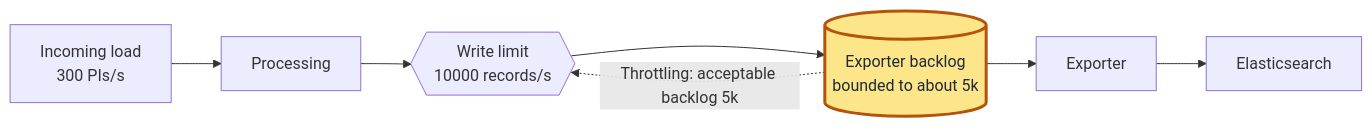
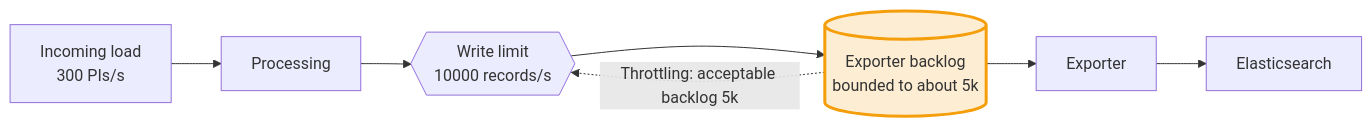
Before and after one commit to zeebe-io/zeebe-chaos: the seventh of 7 diagrams in chaos-days/blog/2026-10-15-Experiment-with-flow-control/index.md, drawn with Mermaid. The commit also changed other lines of this file, not shown here.

First line of the commit message:
blog: soften the highlight color of the flow diagrams

````diff
--- a/chaos-days/blog/2026-10-15-Experiment-with-flow-control/index.md
+++ b/chaos-days/blog/2026-10-15-Experiment-with-flow-control/index.md
@@ -280,12 +280,12 @@
 ```mermaid
 flowchart LR
     A["Incoming load<br/>300 PIs/s"] --> B["Processing"]
     B --> W{{"Write limit<br/>10000 records/s"}}
     W --> Q[("Exporter backlog<br/>bounded to about 5k")]
     Q --> X["Exporter"]
     X --> E["Elasticsearch"]
     Q -. "Throttling: acceptable backlog 5k" .-> W
-    classDef knob fill:#fde68a,stroke:#b45309,stroke-width:3px,color:#1f2937
-    classDef off fill:#f3f4f6,stroke:#9ca3af,stroke-dasharray:4 4,color:#6b7280
+    classDef knob fill:#f59e0b,fill-opacity:0.18,stroke:#f59e0b,stroke-width:3px
+    classDef off fill:none,stroke:#9ca3af,stroke-dasharray:4 4,color:#9ca3af
     class Q knob
 ```
````
